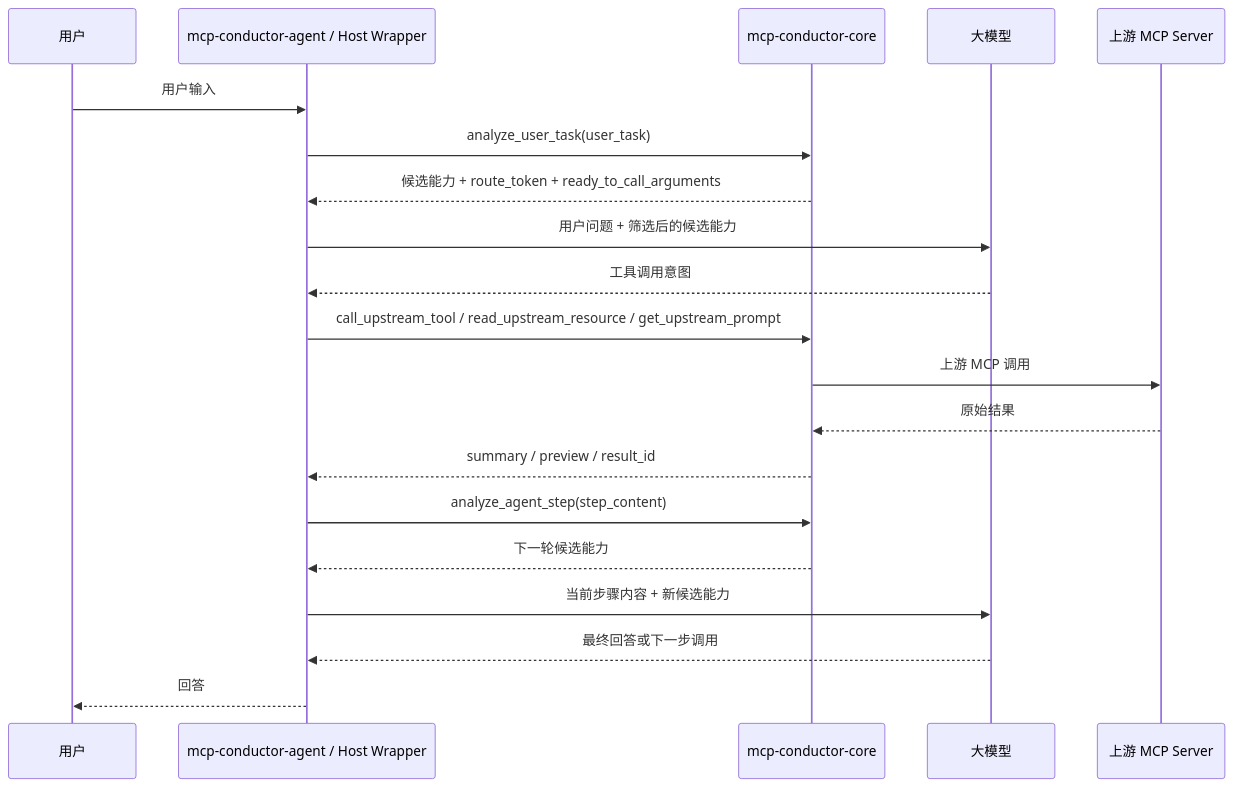
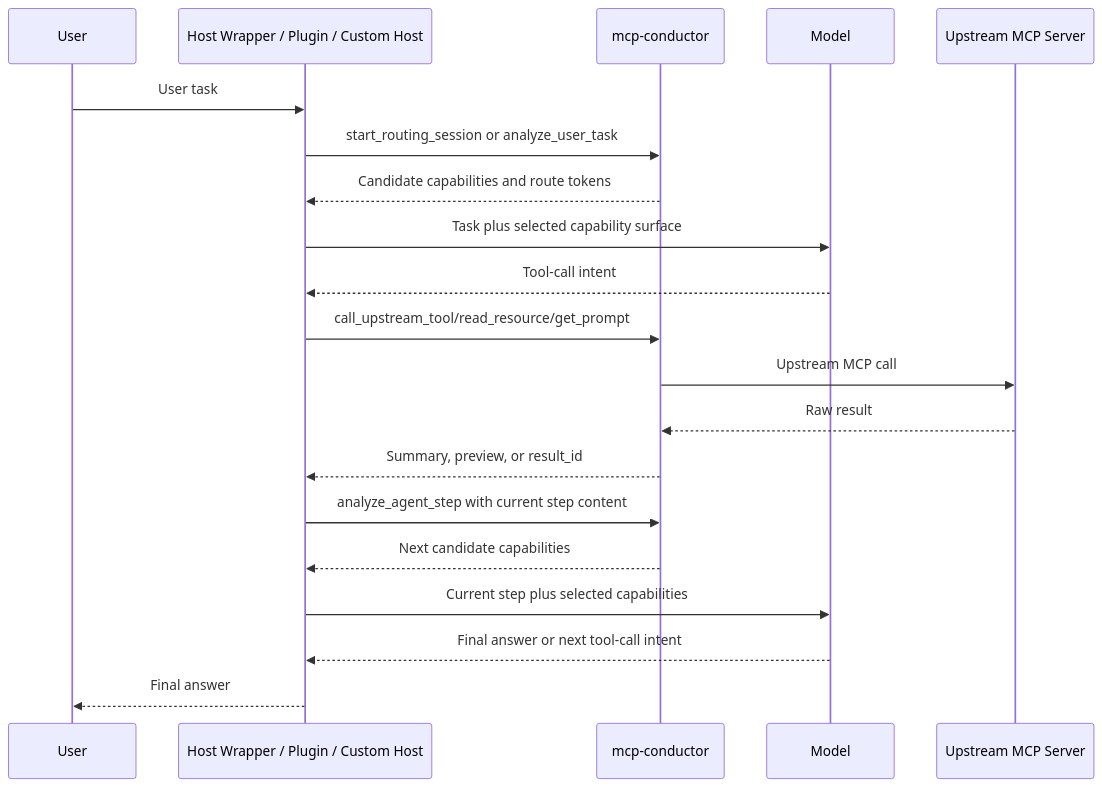
Before and after one commit to TangRj-Git/mcp-conductor: the diagram in docs/project-analysis/11-host-orchestrator-and-step-routing.md, drawn with Mermaid. The commit also changed other lines of this file and 31 other files, not shown here.

````diff
--- a/docs/project-analysis/11-host-orchestrator-and-step-routing.md
+++ b/docs/project-analysis/11-host-orchestrator-and-step-routing.md
@@ -69,23 +73,23 @@
 ```mermaid
 sequenceDiagram
-    participant User as 用户
-    participant Orchestrator as mcp-conductor-agent / Host Wrapper
-    participant Core as mcp-conductor-core
-    participant Model as 大模型
-    participant Upstream as 上游 MCP Server
+    participant User
+    participant Host as Host Wrapper / Plugin / Custom Host
+    participant Core as mcp-conductor
+    participant Model
+    participant Upstream as Upstream MCP Server
 
-    User->>Orchestrator: 用户输入
-    Orchestrator->>Core: analyze_user_task(user_task)
-    Core-->>Orchestrator: 候选能力 + route_token + ready_to_call_arguments
-    Orchestrator->>Model: 用户问题 + 筛选后的候选能力
-    Model-->>Orchestrator: 工具调用意图
-    Orchestrator->>Core: call_upstream_tool / read_upstream_resource / get_upstream_prompt
-    Core->>Upstream: 上游 MCP 调用
-    Upstream-->>Core: 原始结果
-    Core-->>Orchestrator: summary / preview / result_id
-    Orchestrator->>Core: analyze_agent_step(step_content)
-    Core-->>Orchestrator: 下一轮候选能力
-    Orchestrator->>Model: 当前步骤内容 + 新候选能力
-    Model-->>Orchestrator: 最终回答或下一步调用
-    Orchestrator-->>User: 回答
+    User->>Host: User task
+    Host->>Core: start_routing_session or analyze_user_task
+    Core-->>Host: Candidate capabilities and route tokens
+    Host->>Model: Task plus selected capability surface
+    Model-->>Host: Tool-call intent
+    Host->>Core: call_upstream_tool/read_resource/get_prompt
+    Core->>Upstream: Upstream MCP call
+    Upstream-->>Core: Raw result
+    Core-->>Host: Summary, preview, or result_id
+    Host->>Core: analyze_agent_step with current step content
+    Core-->>Host: Next candidate capabilities
+    Host->>Model: Current step plus selected capabilities
+    Model-->>Host: Final answer or next tool-call intent
+    Host-->>User: Final answer
 ```
````
